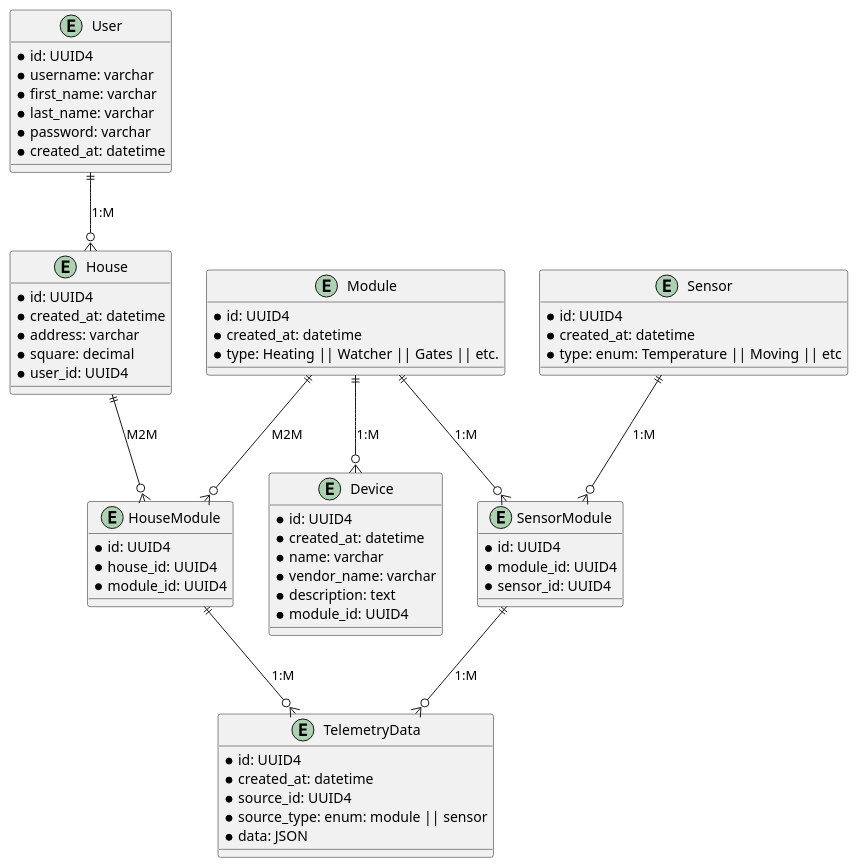
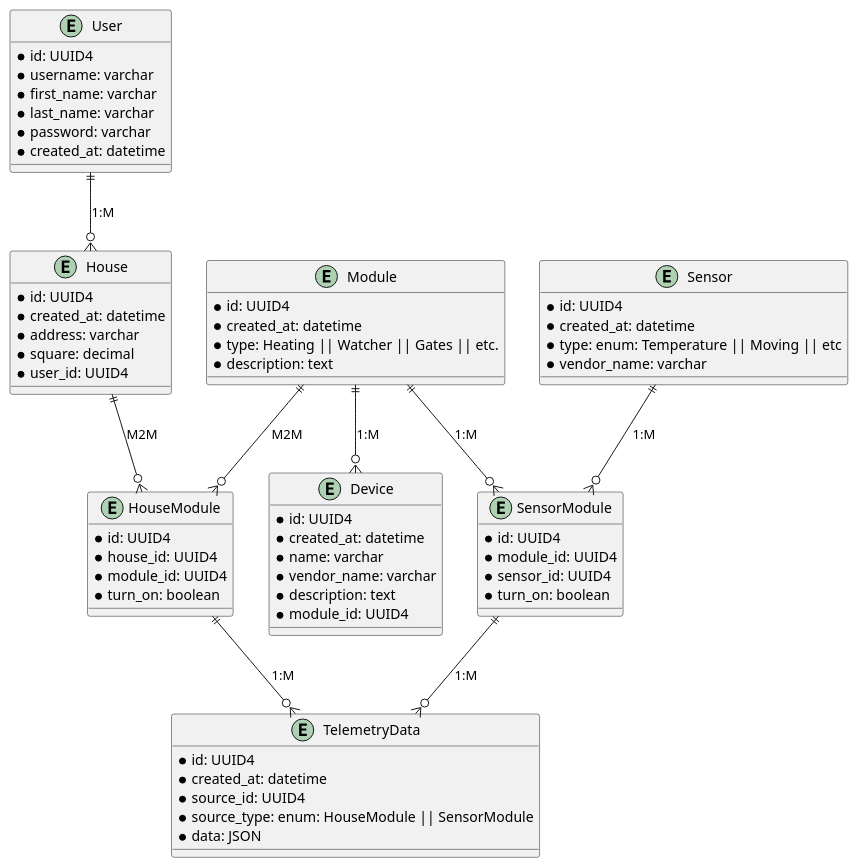
Before and after one commit to fireflysmk/architecture-sprint-3: the diagram in smart-home-monolith/diagrams/ER_CleverVillageSystem.puml, drawn with PlantUML.

Commit message:
improvements er diagram

```diff
--- a/smart-home-monolith/diagrams/ER_CleverVillageSystem.puml
+++ b/smart-home-monolith/diagrams/ER_CleverVillageSystem.puml
@@ -1,70 +1,74 @@
 @startuml
 entity "User" {
     *id: UUID4
     *username: varchar
     *first_name: varchar
     *last_name: varchar
     *password: varchar
     *created_at: datetime
 }
 
 entity "House" {
     *id: UUID4
     *created_at: datetime
     *address: varchar
     *square: decimal
     *user_id: UUID4
 }
 
 entity "Module" {
     *id: UUID4
     *created_at: datetime
     *type: Heating || Watcher || Gates || etc.
+    *description: text
 }
 
 entity "HouseModule" {
     *id: UUID4
     *house_id: UUID4
     *module_id: UUID4
+    *turn_on: boolean
 }
 
 entity "SensorModule" {
     *id: UUID4
     *module_id: UUID4
     *sensor_id: UUID4
+    *turn_on: boolean
 }
 
 entity "Device" {
     *id: UUID4
     *created_at: datetime
     *name: varchar
     *vendor_name: varchar
     *description: text
     *module_id: UUID4
 }
 
 entity "Sensor" {
     *id: UUID4
     *created_at: datetime
     *type: enum: Temperature || Moving || etc
+    *vendor_name: varchar
 }
 
 entity "TelemetryData" {
     *id: UUID4
     *created_at: datetime
     *source_id: UUID4
-    *source_type: enum: module || sensor
+    *source_type: enum: HouseModule || SensorModule
     *data: JSON
 }
 
 User ||--o{ House : "1:M"
 House ||--o{ HouseModule : "M2M"
 Module ||--o{ HouseModule : "M2M"
 Module ||--o{ Device : "1:M"
 
 Module ||--o{ SensorModule : "1:M"
 Sensor ||--o{ SensorModule : "1:M"
 
 SensorModule ||--o{ TelemetryData : "1:M"
 HouseModule ||--o{ TelemetryData : "1:M"
 @enduml
```
